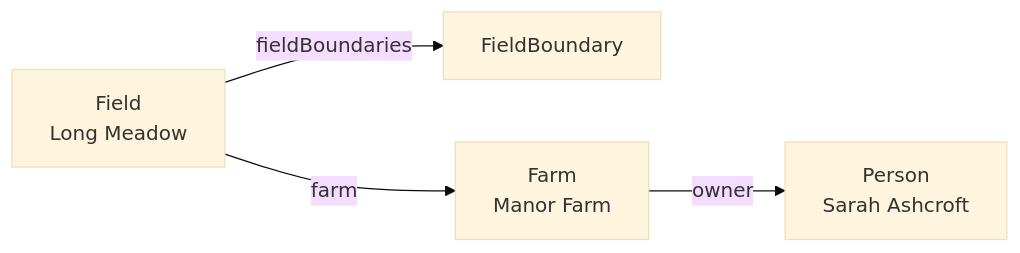
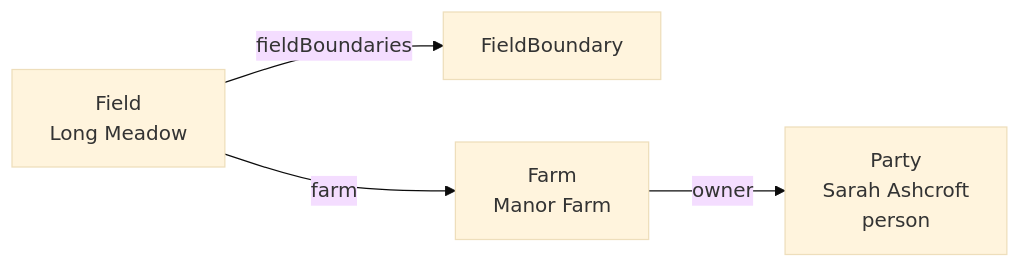
Before and after one commit to DKE-Data/masterdata-sync-working-group: the second of 6 diagrams in architecture/08-party-model.md, drawn with Mermaid (base theme). The commit also changed other lines of this file and 8 other files, not shown here.

Commit message:
spec: conflate person and organization into party entity

````diff
--- a/architecture/08-party-model.md
+++ b/architecture/08-party-model.md
@@ -92,6 +113,6 @@
 ```mermaid
 flowchart LR
     FI["Field \n Long Meadow"] -->|"fieldBoundaries"| B["FieldBoundary"]
     FI -->|"farm"| F["Farm \n Manor Farm"]
-    F -->|"owner"| P["Person \n Sarah Ashcroft"]
+    F -->|"owner"| P["Party \n Sarah Ashcroft \n person"]
 ```
````
